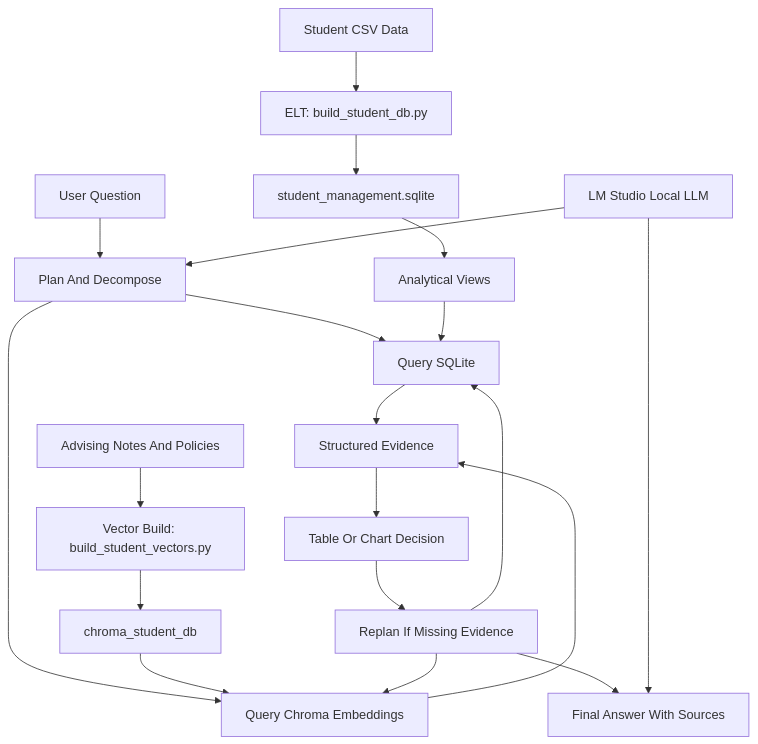
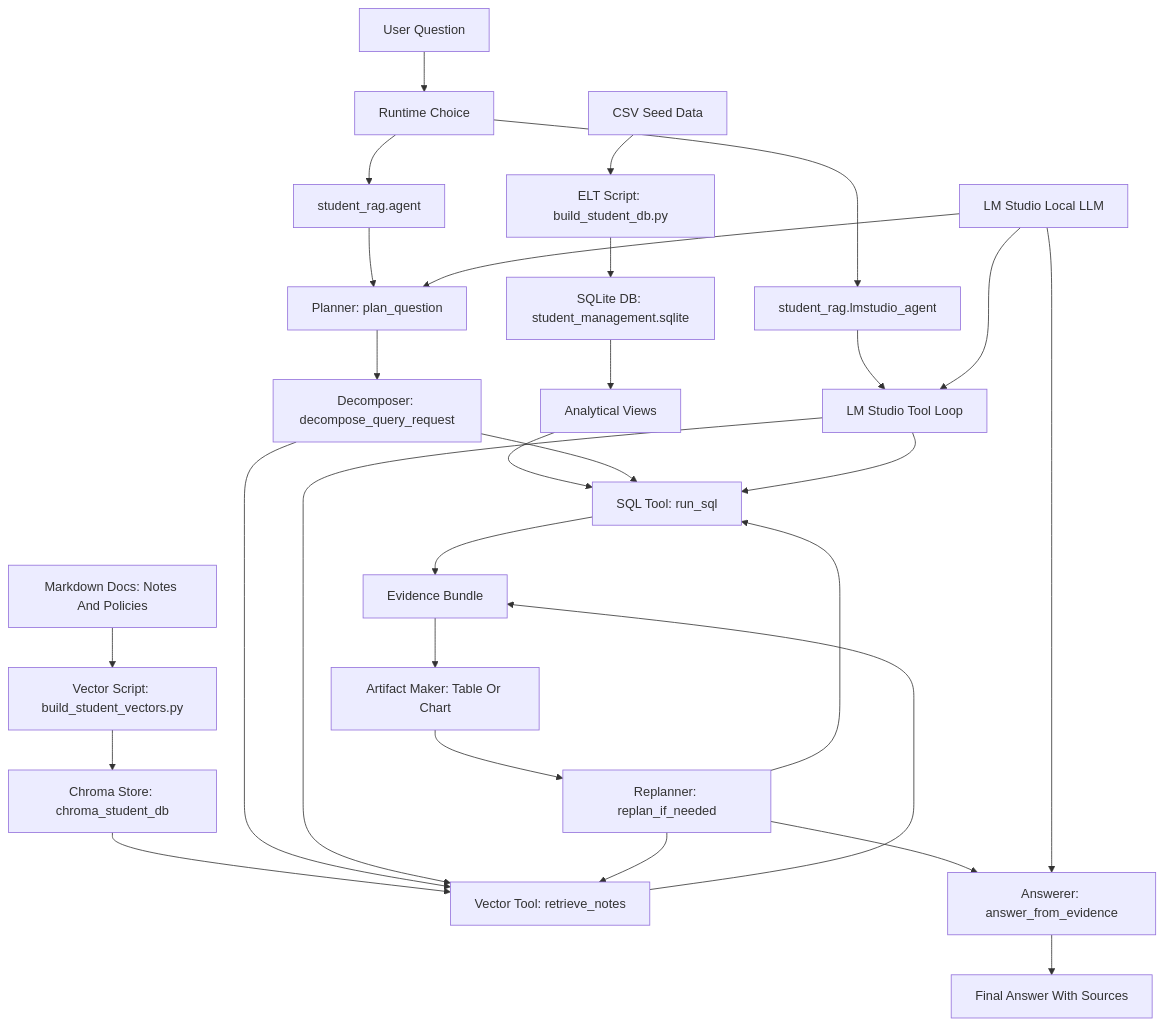
The first of 3 diagrams in docs/DESIGN.md (DuongPhanHoai/rag_assistant), drawn with Mermaid before and after one commit. The commit also changed other lines of this file and 16 other files, not shown here.

````diff
--- a/docs/DESIGN.md
+++ b/docs/DESIGN.md
@@ -26,26 +34,36 @@
 ```mermaid
 flowchart TD
-    UserQuestion["User Question"] --> Planner["Plan And Decompose"]
-    Planner --> SqlTool["Query SQLite"]
-    Planner --> VectorTool["Query Chroma Embeddings"]
+    UserQuestion["User Question"] --> RuntimeChoice["Runtime Choice"]
+    RuntimeChoice --> DeterministicAgent["student_rag.agent"]
+    RuntimeChoice --> ToolAgent["student_rag.lmstudio_agent"]
+    DeterministicAgent --> Planner["Planner: plan_question"]
+    Planner --> Decomposer["Decomposer: decompose_query_request"]
+    ToolAgent --> LmToolLoop["LM Studio Tool Loop"]
 
-    CsvData["Student CSV Data"] --> EltScript["ELT: build_student_db.py"]
-    EltScript --> SQLiteDb["student_management.sqlite"]
+    CsvData["CSV Seed Data"] --> DbBuilder["ELT Script: build_student_db.py"]
+    DbBuilder --> SQLiteDb["SQLite DB: student_management.sqlite"]
     SQLiteDb --> SqlViews["Analytical Views"]
-    SqlViews --> SqlTool
+    SqlViews --> SqlTool["SQL Tool: run_sql"]
 
-    StudentDocs["Advising Notes And Policies"] --> VectorBuild["Vector Build: build_student_vectors.py"]
-    VectorBuild --> ChromaDb["chroma_student_db"]
-    ChromaDb --> VectorTool
+    MarkdownDocs["Markdown Docs: Notes And Policies"] --> VectorBuilder["Vector Script: build_student_vectors.py"]
+    VectorBuilder --> ChromaStore["Chroma Store: chroma_student_db"]
+    ChromaStore --> VectorTool["Vector Tool: retrieve_notes"]
 
-    SqlTool --> Evidence["Structured Evidence"]
+    Decomposer --> SqlTool
+    Decomposer --> VectorTool
+    LmToolLoop --> SqlTool
+    LmToolLoop --> VectorTool
+    SqlTool --> Evidence["Evidence Bundle"]
     VectorTool --> Evidence
-    Evidence --> OutputPlanner["Table Or Chart Decision"]
-    OutputPlanner --> Replanner["Replan If Missing Evidence"]
+
+    Evidence --> ArtifactMaker["Artifact Maker: Table Or Chart"]
+    ArtifactMaker --> Replanner["Replanner: replan_if_needed"]
     Replanner --> SqlTool
     Replanner --> VectorTool
-    Replanner --> Answer["Final Answer With Sources"]
+    Replanner --> Answerer["Answerer: answer_from_evidence"]
 
     LmStudio["LM Studio Local LLM"] --> Planner
-    LmStudio --> Answer
+    LmStudio --> LmToolLoop
+    LmStudio --> Answerer
+    Answerer --> FinalAnswer["Final Answer With Sources"]
 ```
````
